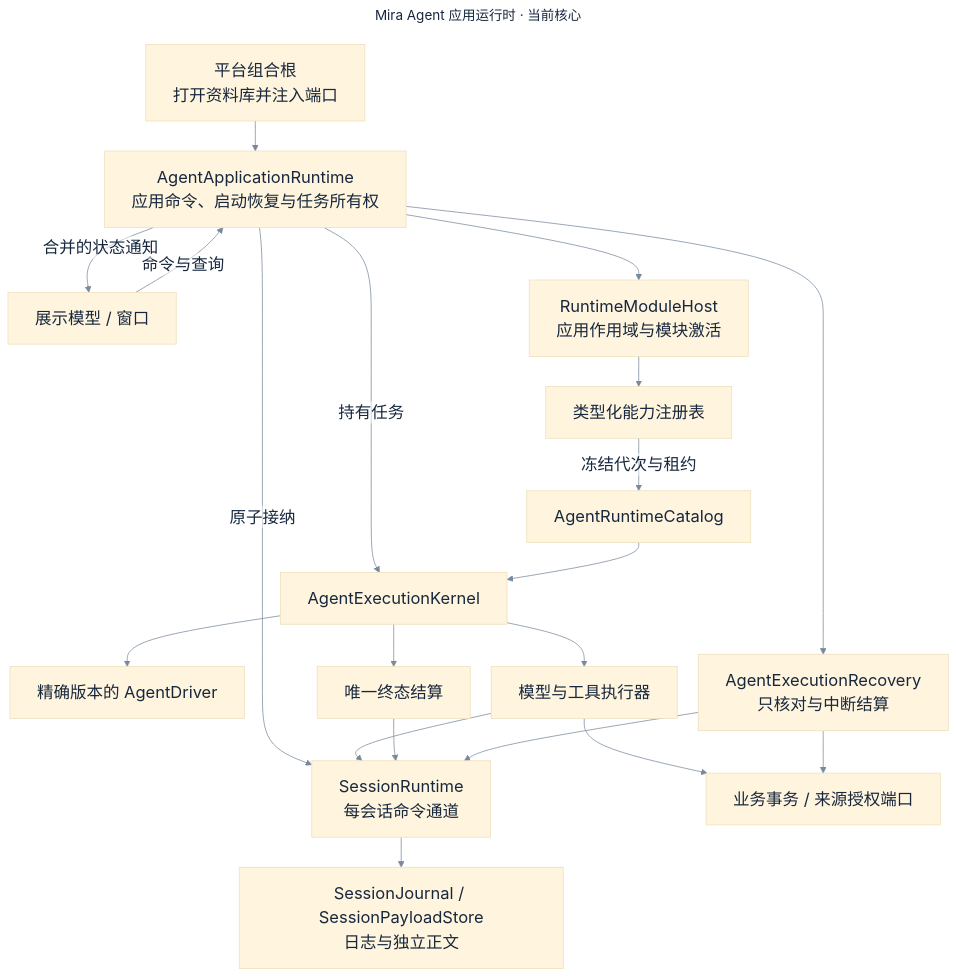
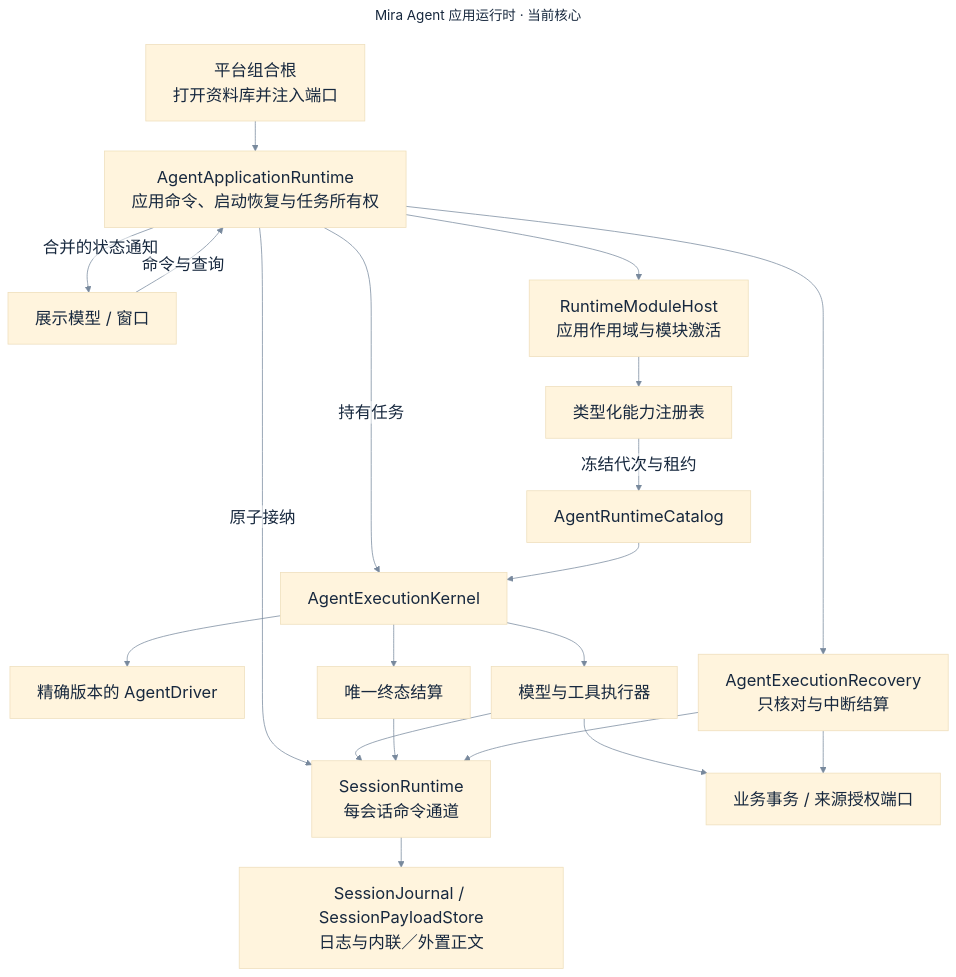
Before and after one commit to alwynou/mira: the diagram in docs/architecture/diagrams/agent-application-architecture.mmd, drawn with Mermaid. The commit also changed 251 other files, not shown here.

```diff
--- a/docs/architecture/diagrams/agent-application-architecture.mmd
+++ b/docs/architecture/diagrams/agent-application-architecture.mmd
@@ -1,42 +1,42 @@
 ---
 title: Mira Agent 应用运行时 · 当前核心
 config:
   theme: base
   fontFamily: PingFang SC, Hiragino Sans GB, sans-serif
   themeVariables:
     fontSize: 22px
     lineColor: '#78899d'
     primaryTextColor: '#17283e'
     edgeLabelBackground: '#ffffff'
     clusterBkg: '#f7f9fc'
     clusterBorder: '#c8d3e0'
     titleColor: '#173b67'
   flowchart:
     htmlLabels: false
     curve: basis
     nodeSpacing: 28
     rankSpacing: 40
     padding: 18
     wrappingWidth: 360
     useMaxWidth: false
 ---
 flowchart TB
   Host[平台组合根<br/>打开资料库并注入端口] --> App[AgentApplicationRuntime<br/>应用命令、启动恢复与任务所有权]
   UI[展示模型 / 窗口] -->|命令与查询| App
   App -->|合并的状态通知| UI
   App --> Modules[RuntimeModuleHost<br/>应用作用域与模块激活]
   Modules --> Registry[类型化能力注册表]
   Registry -->|冻结代次与租约| Catalog[AgentRuntimeCatalog]
   App -->|原子接纳| Session[SessionRuntime<br/>每会话命令通道]
-  Session --> Journal[SessionJournal / SessionPayloadStore<br/>日志与独立正文]
+  Session --> Journal[SessionJournal / SessionPayloadStore<br/>日志与内联／外置正文]
   App -->|持有任务| Kernel[AgentExecutionKernel]
   Catalog --> Kernel
   Kernel --> Driver[精确版本的 AgentDriver]
   Kernel --> Executors[模型与工具执行器]
   Kernel --> Finalizer[唯一终态结算]
   Executors --> Session
   Finalizer --> Session
   App --> Recovery[AgentExecutionRecovery<br/>只核对与中断结算]
   Recovery --> Session
   Executors --> Business[业务事务 / 来源授权端口]
   Recovery --> Business
```
